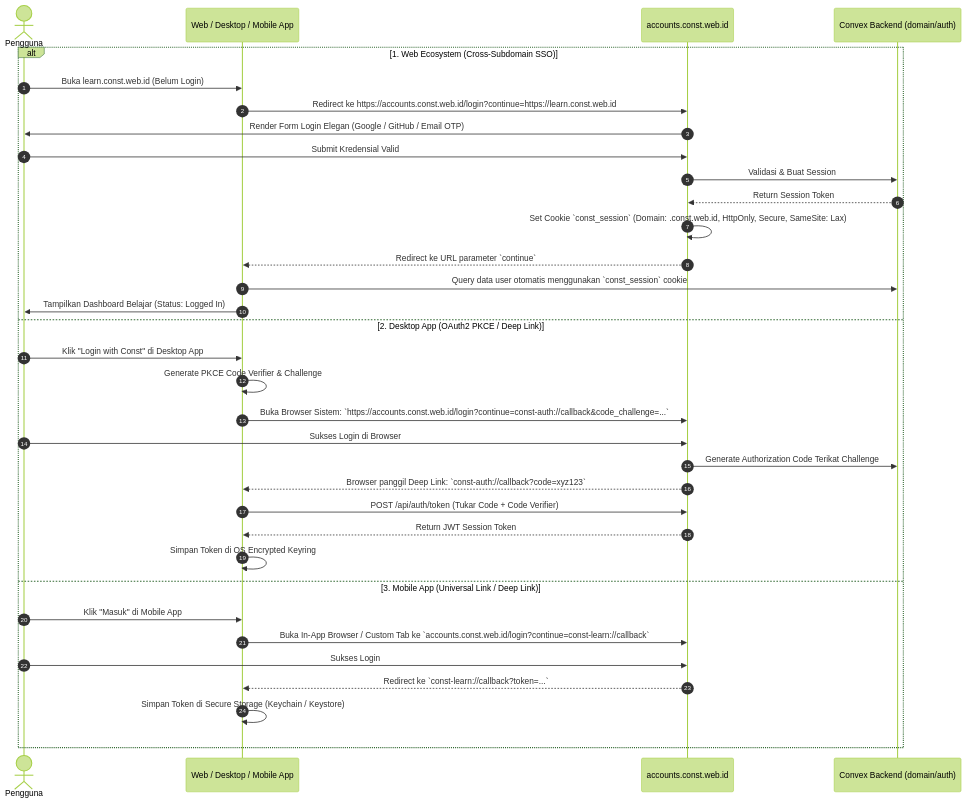
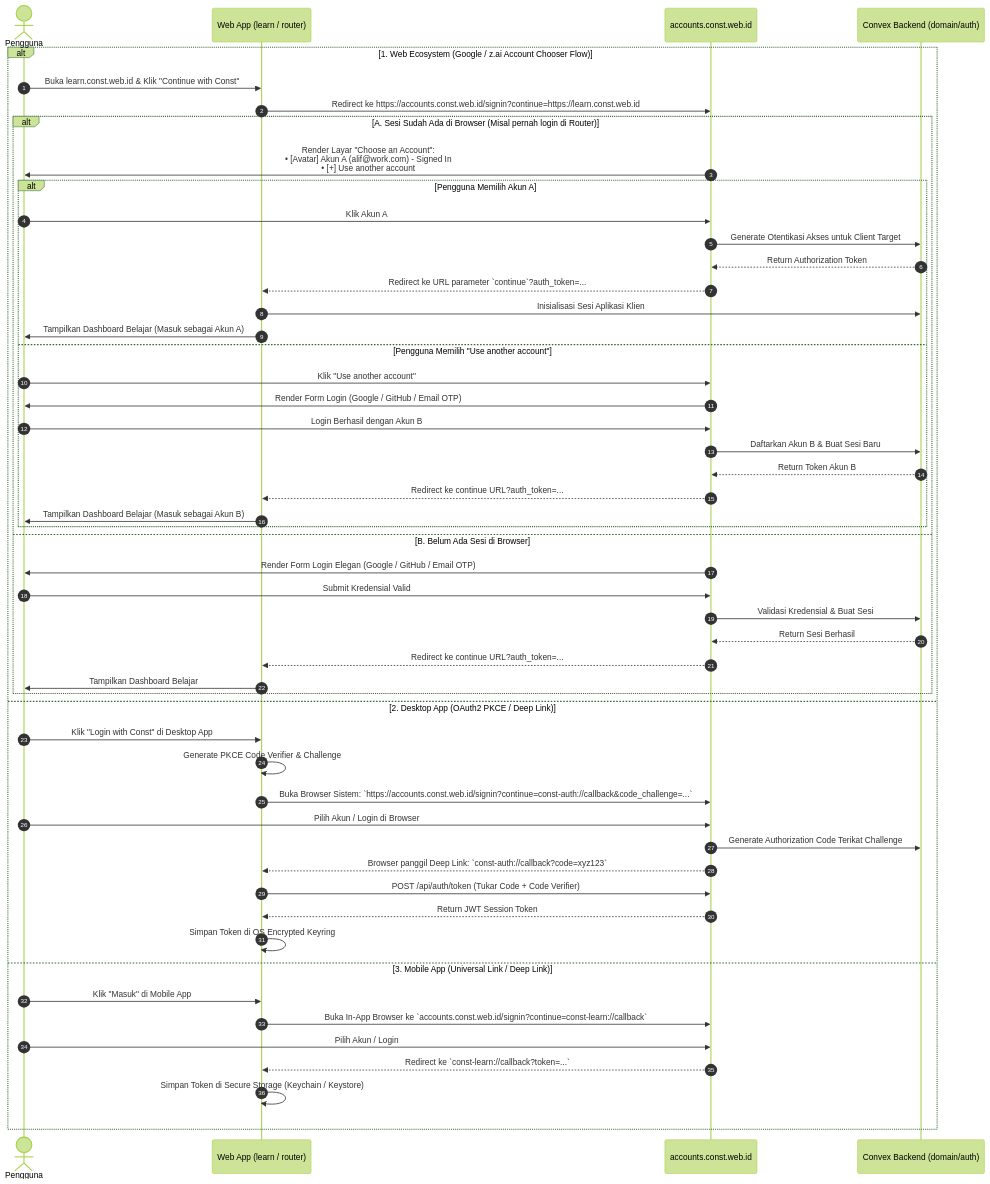
Before and after one commit to alifconstantine/const: the second of 4 diagrams in arsitektur.md, drawn with Mermaid (forest theme). The commit also changed other lines of this file and 7 other files, not shown here.

First line of the commit message:
chore: streamline monorepo setup, reset backend schema, and adopt account chooser architecture

````diff
--- a/arsitektur.md
+++ b/arsitektur.md
@@ -331,37 +326,57 @@
 ```mermaid
 sequenceDiagram
     autonumber
     actor User as Pengguna
-    participant Client as Web / Desktop / Mobile App
+    participant Client as Web App (learn / router)
     participant AuthHub as accounts.const.web.id
     participant Backend as Convex Backend (domain/auth)
 
-    alt 1. Web Ecosystem (Cross-Subdomain SSO)
-        User->>Client: Buka learn.const.web.id (Belum Login)
-        Client->>AuthHub: Redirect ke https://accounts.const.web.id/login?continue=https://learn.const.web.id
-        AuthHub->>User: Render Form Login Elegan (Google / GitHub / Email OTP)
-        User->>AuthHub: Submit Kredensial Valid
-        AuthHub->>Backend: Validasi & Buat Session
-        Backend-->>AuthHub: Return Session Token
-        AuthHub->>AuthHub: Set Cookie `const_session` (Domain: .const.web.id, HttpOnly, Secure, SameSite: Lax)
-        AuthHub-->>Client: Redirect ke URL parameter `continue`
-        Client->>Backend: Query data user otomatis menggunakan `const_session` cookie
-        Client->>User: Tampilkan Dashboard Belajar (Status: Logged In)
+    alt 1. Web Ecosystem (Google / z.ai Account Chooser Flow)
+        User->>Client: Buka learn.const.web.id & Klik "Continue with Const"
+        Client->>AuthHub: Redirect ke https://accounts.const.web.id/signin?continue=https://learn.const.web.id
+        
+        alt A. Sesi Sudah Ada di Browser (Misal pernah login di Router)
+            AuthHub->>User: Render Layar "Choose an Account":<br/>• [Avatar] Akun A (alif@work.com) - Signed In<br/>• [+] Use another account
+            alt Pengguna Memilih Akun A
+                User->>AuthHub: Klik Akun A
+                AuthHub->>Backend: Generate Otentikasi Akses untuk Client Target
+                Backend-->>AuthHub: Return Authorization Token
+                AuthHub-->>Client: Redirect ke URL parameter `continue`?auth_token=...
+                Client->>Backend: Inisialisasi Sesi Aplikasi Klien
+                Client->>User: Tampilkan Dashboard Belajar (Masuk sebagai Akun A)
+            else Pengguna Memilih "Use another account"
+                User->>AuthHub: Klik "Use another account"
+                AuthHub->>User: Render Form Login (Google / GitHub / Email OTP)
+                User->>AuthHub: Login Berhasil dengan Akun B
+                AuthHub->>Backend: Daftarkan Akun B & Buat Sesi Baru
+                Backend-->>AuthHub: Return Token Akun B
+                AuthHub-->>Client: Redirect ke continue URL?auth_token=...
+                Client->>User: Tampilkan Dashboard Belajar (Masuk sebagai Akun B)
+            end
+        else B. Belum Ada Sesi di Browser
+            AuthHub->>User: Render Form Login Elegan (Google / GitHub / Email OTP)
+            User->>AuthHub: Submit Kredensial Valid
+            AuthHub->>Backend: Validasi Kredensial & Buat Sesi
+            Backend-->>AuthHub: Return Sesi Berhasil
+            AuthHub-->>Client: Redirect ke continue URL?auth_token=...
+            Client->>User: Tampilkan Dashboard Belajar
+        end
+
     else 2. Desktop App (OAuth2 PKCE / Deep Link)
         User->>Client: Klik "Login with Const" di Desktop App
         Client->>Client: Generate PKCE Code Verifier & Challenge
-        Client->>AuthHub: Buka Browser Sistem: `https://accounts.const.web.id/login?continue=const-auth://callback&code_challenge=...`
-        User->>AuthHub: Sukses Login di Browser
+        Client->>AuthHub: Buka Browser Sistem: `https://accounts.const.web.id/signin?continue=const-auth://callback&code_challenge=...`
+        User->>AuthHub: Pilih Akun / Login di Browser
         AuthHub->>Backend: Generate Authorization Code Terikat Challenge
         AuthHub-->>Client: Browser panggil Deep Link: `const-auth://callback?code=xyz123`
         Client->>AuthHub: POST /api/auth/token (Tukar Code + Code Verifier)
         AuthHub-->>Client: Return JWT Session Token
         Client->>Client: Simpan Token di OS Encrypted Keyring
     else 3. Mobile App (Universal Link / Deep Link)
         User->>Client: Klik "Masuk" di Mobile App
-        Client->>AuthHub: Buka In-App Browser / Custom Tab ke `accounts.const.web.id/login?continue=const-learn://callback`
-        User->>AuthHub: Sukses Login
+        Client->>AuthHub: Buka In-App Browser ke `accounts.const.web.id/signin?continue=const-learn://callback`
+        User->>AuthHub: Pilih Akun / Login
         AuthHub-->>Client: Redirect ke `const-learn://callback?token=...`
         Client->>Client: Simpan Token di Secure Storage (Keychain / Keystore)
     end
 ```
````
